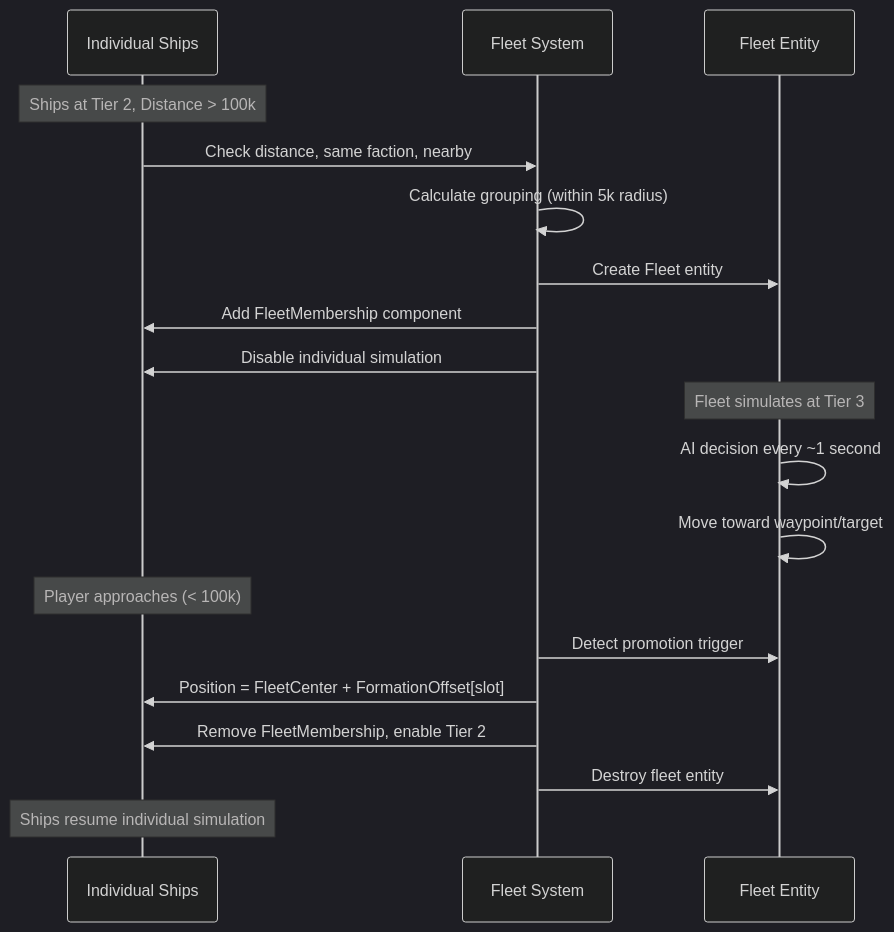
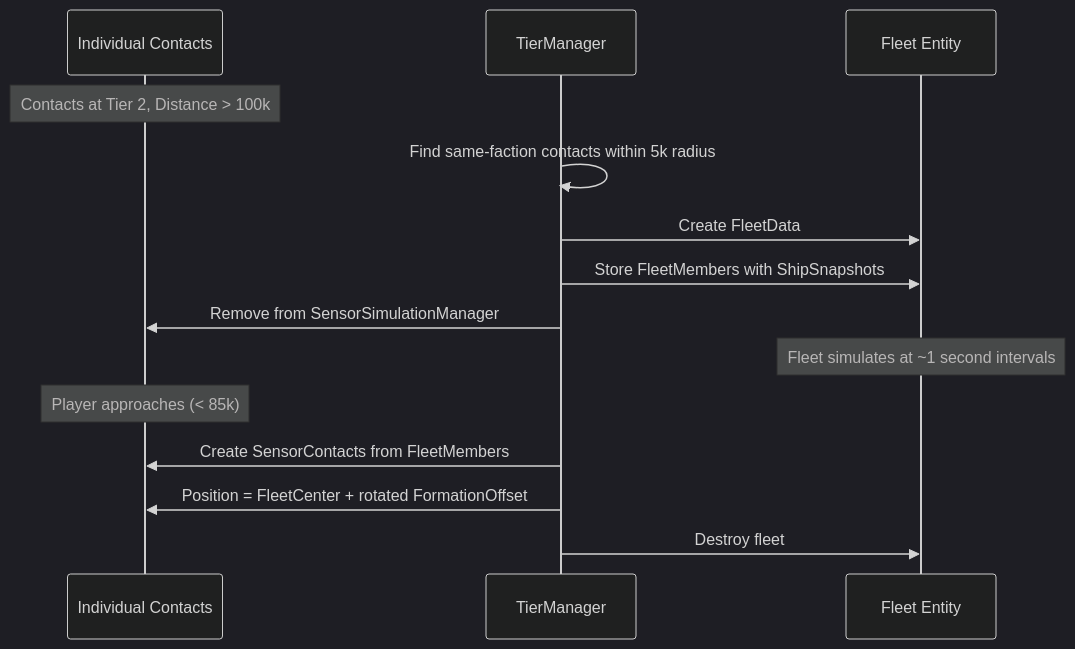
The third of 5 diagrams in .obsidian/architecture/03-tiered-simulation.md (zephkelly/starfire), drawn with Mermaid (dark theme) before and after one commit. The commit also changed other lines of this file and 27 other files, not shown here.

Commit message:
feat: update architecture docs to include modding system

````diff
--- a/.obsidian/architecture/03-tiered-simulation.md
+++ b/.obsidian/architecture/03-tiered-simulation.md
@@ -236,28 +201,19 @@
 ```mermaid
 sequenceDiagram
-    participant Ships as Individual Ships
-    participant System as Fleet System
+    participant Contacts as Individual Contacts
+    participant System as TierManager
     participant Fleet as Fleet Entity
 
-    Note over Ships: Ships at Tier 2, Distance > 100k
+    Note over Contacts: Contacts at Tier 2, Distance > 100k
+    System->>System: Find same-faction contacts within 5k radius
+    System->>Fleet: Create FleetData
+    System->>Fleet: Store FleetMembers with ShipSnapshots
+    System->>Contacts: Remove from SensorSimulationManager
 
-    Ships->>System: Check distance, same faction, nearby
-    System->>System: Calculate grouping (within 5k radius)
-    System->>Fleet: Create Fleet entity
-    System->>Ships: Add FleetMembership component
-    System->>Ships: Disable individual simulation
+    Note over Fleet: Fleet simulates at ~1 second intervals
 
-    Note over Fleet: Fleet simulates at Tier 3
-
-    Fleet->>Fleet: AI decision every ~1 second
-    Fleet->>Fleet: Move toward waypoint/target
-
-    Note over Ships: Player approaches (< 100k)
-
-    System->>Fleet: Detect promotion trigger
-    System->>Ships: Position = FleetCenter + FormationOffset[slot]
-    System->>Ships: Remove FleetMembership, enable Tier 2
-    System->>Fleet: Destroy fleet entity
-
-    Note over Ships: Ships resume individual simulation
+    Note over Contacts: Player approaches (< 85k)
+    System->>Contacts: Create SensorContacts from FleetMembers
+    System->>Contacts: Position = FleetCenter + rotated FormationOffset
+    System->>Fleet: Destroy fleet
 ```
````
